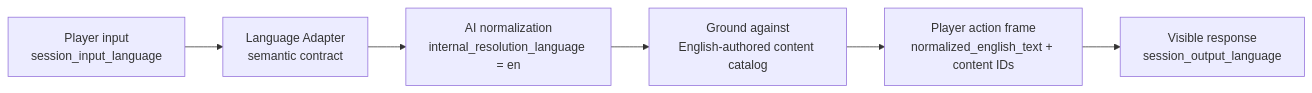
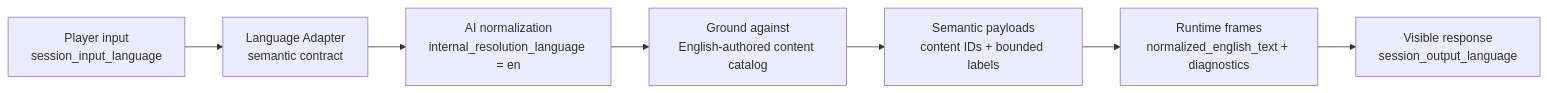
One commit to Held0fTheWelt/BLACKVEIN changed the diagram in docs/ADR/adr-0054-session-input-language-english-internal-resolution.md. Above: the diagram before and after it, drawn with Mermaid. The commit also changed other lines of this file and 34 other files, not shown here.

````diff
--- a/docs/ADR/adr-0054-session-input-language-english-internal-resolution.md
+++ b/docs/ADR/adr-0054-session-input-language-english-internal-resolution.md
@@ -159,8 +211,9 @@
 ```mermaid
 flowchart LR
   P["Player input\nsession_input_language"] --> A["Language Adapter\nsemantic contract"]
   A --> N["AI normalization\ninternal_resolution_language = en"]
   N --> G["Ground against\nEnglish-authored content catalog"]
-  G --> F["Player action frame\nnormalized_english_text + content IDs"]
+  G --> S["Semantic payloads\ncontent IDs + bounded labels"]
+  S --> F["Runtime frames\nnormalized_english_text + diagnostics"]
   F --> O["Visible response\nsession_output_language"]
 ```
````
